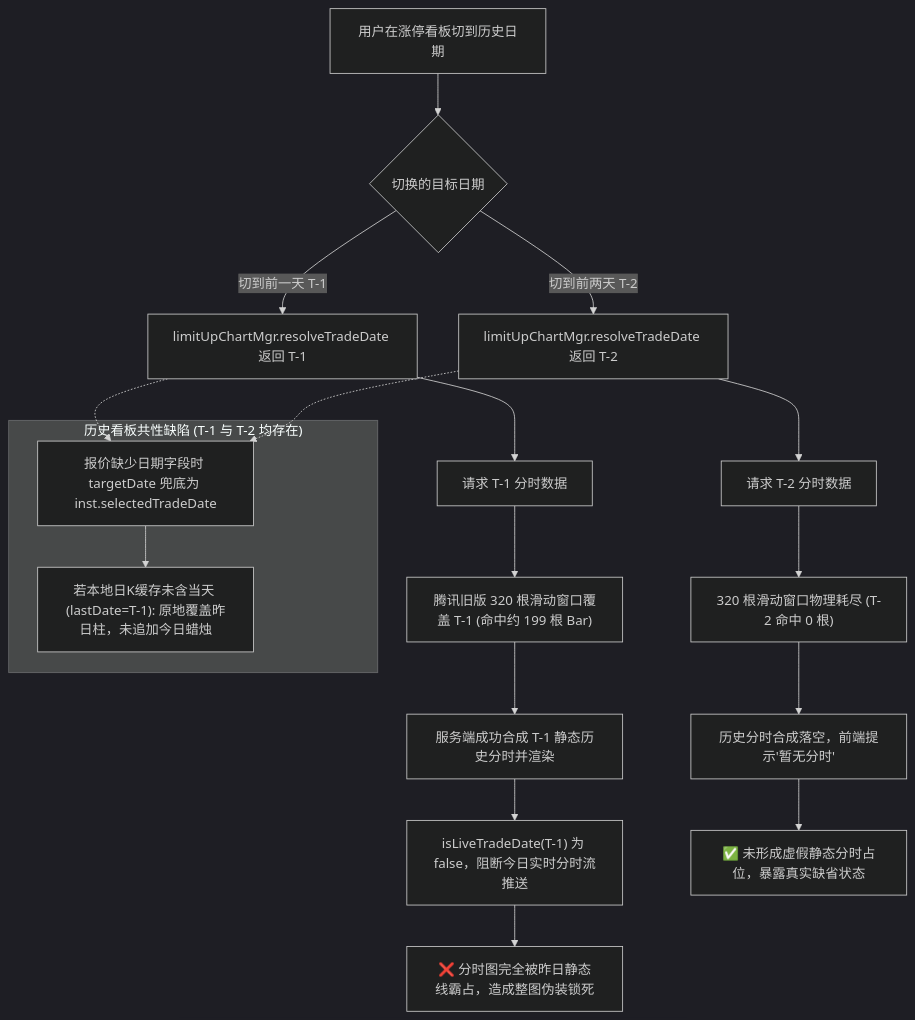
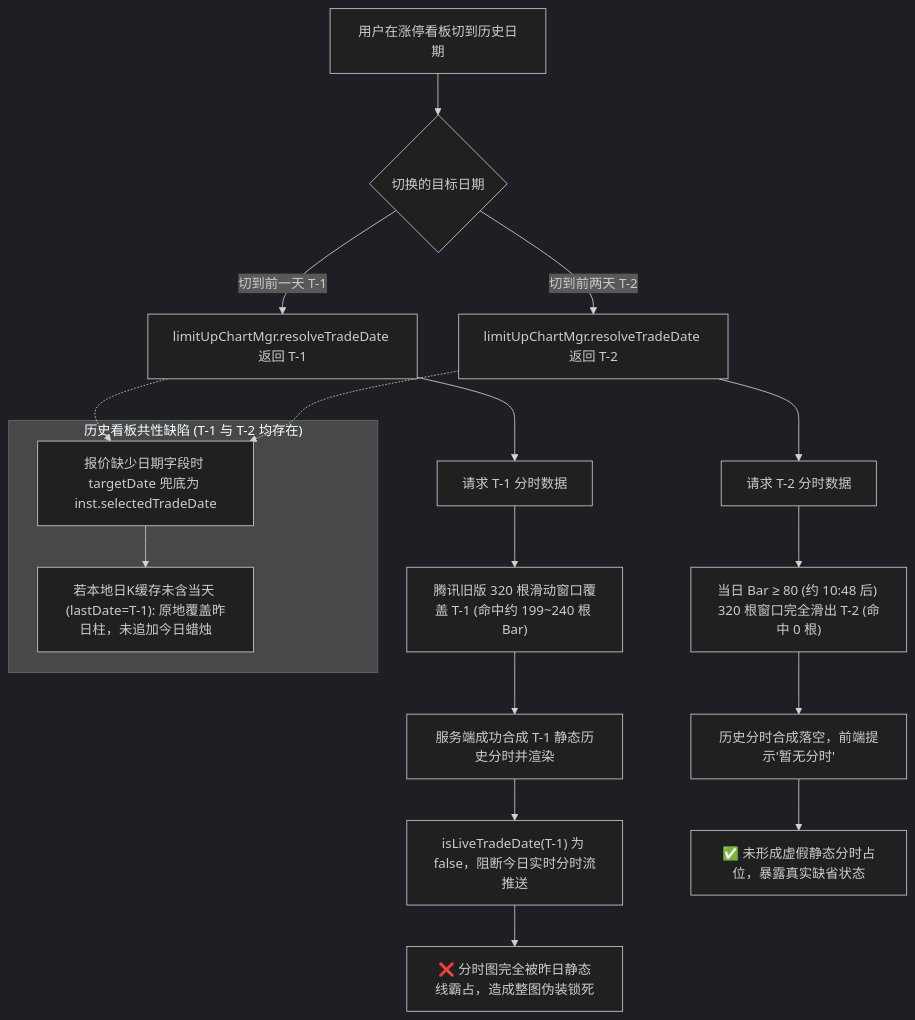
One commit to SeptYagu/market-voice-alert changed the diagram in docs/handoff/2026-09-14-limit-up-chart-date-flip-investigation-and-resolution-handoff.md. Above: the diagram before and after it, drawn with Mermaid (dark theme). The commit also changed other lines of this file, not shown here.

Commit message:
docs(handoff): 闭环审查 round 9 缺陷（活跃图表订阅解耦/Tick路径统一日期注入/量化滑动窗口阈值与测试约束）

````diff
--- a/docs/handoff/2026-09-14-limit-up-chart-date-flip-investigation-and-resolution-handoff.md
+++ b/docs/handoff/2026-09-14-limit-up-chart-date-flip-investigation-and-resolution-handoff.md
@@ -16,24 +16,24 @@
 ```mermaid
 flowchart TD
     A["用户在涨停看板切到历史日期"] --> B{"切换的目标日期"}
     B -->|切到前一天 T-1| C["limitUpChartMgr.resolveTradeDate 返回 T-1"]
     B -->|切到前两天 T-2| D["limitUpChartMgr.resolveTradeDate 返回 T-2"]
     
     C --> E["请求 T-1 分时数据"]
-    E --> F["腾讯旧版 320 根滑动窗口覆盖 T-1 (命中约 199 根 Bar)"]
+    E --> F["腾讯旧版 320 根滑动窗口覆盖 T-1 (命中约 199~240 根 Bar)"]
     F --> G["服务端成功合成 T-1 静态历史分时并渲染"]
     G --> H["isLiveTradeDate(T-1) 为 false，阻断今日实时分时流推送"]
     H --> I["❌ 分时图完全被昨日静态线霸占，造成整图伪装锁死"]
 
     D --> J["请求 T-2 分时数据"]
-    J --> K["320 根滑动窗口物理耗尽 (T-2 命中 0 根)"]
+    J --> K["当日 Bar ≥ 80 (约 10:48 后) 320 根窗口完全滑出 T-2 (命中 0 根)"]
     K --> L["历史分时合成落空，前端提示'暂无分时'"]
     L --> M["✅ 未形成虚假静态分时占位，暴露真实缺省状态"]
 
     subgraph 共性缺陷["历史看板共性缺陷 (T-1 与 T-2 均存在)"]
         N["报价缺少日期字段时 targetDate 兜底为 inst.selectedTradeDate"]
         N --> O["若本地日K缓存未含当天 (lastDate=T-1): 原地覆盖昨日柱，未追加今日蜡烛"]
     end
     C -.-> N
     D -.-> N
 ```
````
